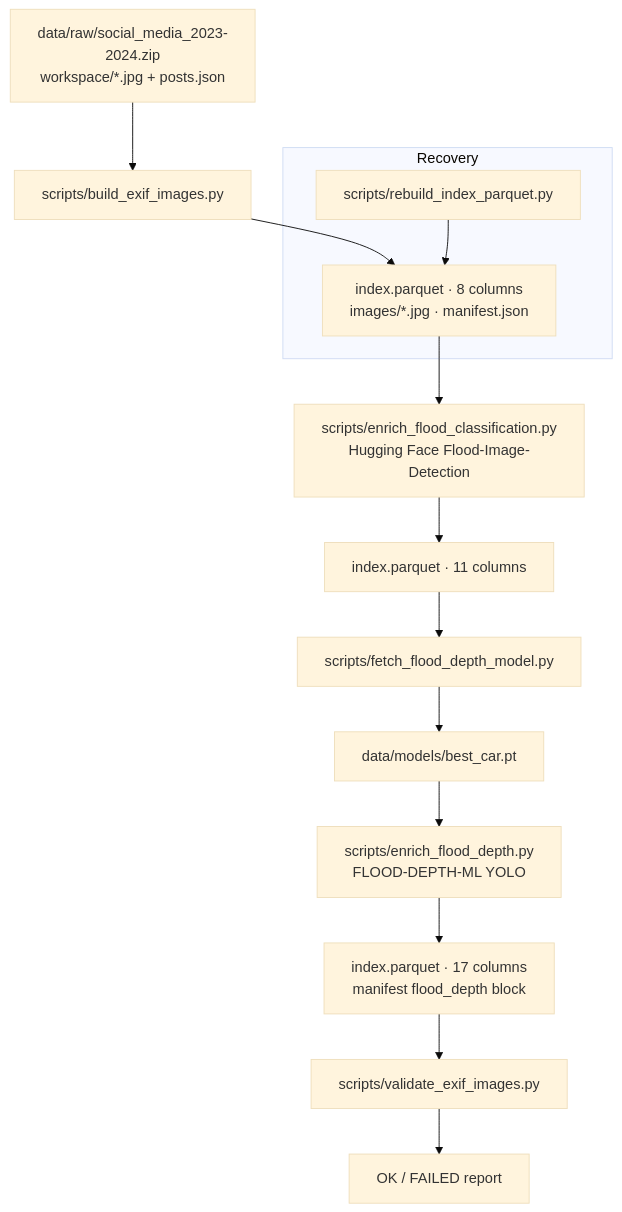
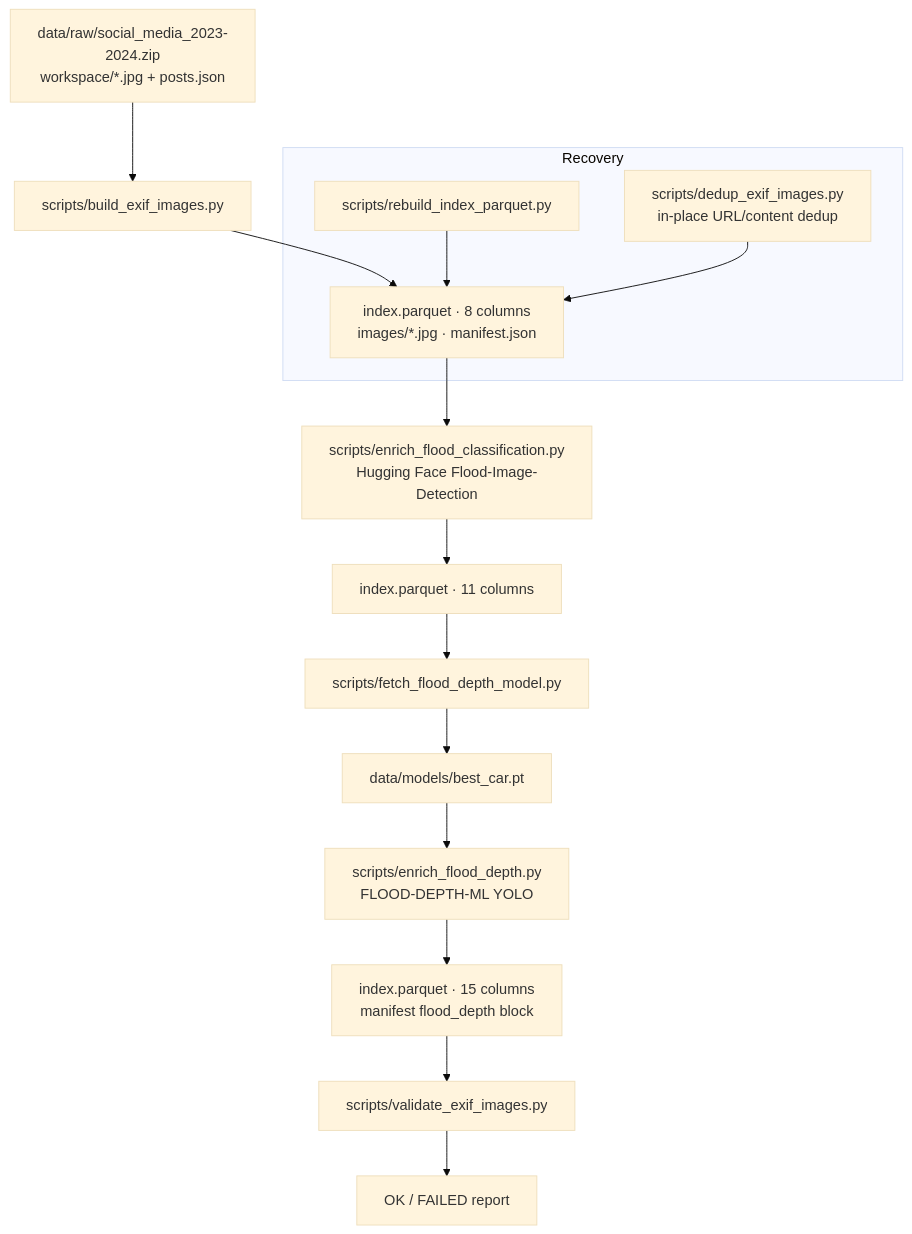
One commit to paulhosch/social_media_flood_depth_estimation changed the first of 3 diagrams in docs/EXIF_IMAGES_DATASET.md. Above: the diagram before and after it, drawn with Mermaid (base theme). The commit also changed other lines of this file and 41 other files, not shown here.

````diff
--- a/docs/EXIF_IMAGES_DATASET.md
+++ b/docs/EXIF_IMAGES_DATASET.md
@@ -41,23 +45,25 @@
 ```mermaid
 flowchart TB
   ZIP["data/raw/social_media_2023-2024.zip<br/>workspace/*.jpg + posts.json"]
   ZIP --> BUILD["scripts/build_exif_images.py"]
   BUILD --> BASE["index.parquet · 8 columns<br/>images/*.jpg · manifest.json"]
 
   BASE --> FC["scripts/enrich_flood_classification.py<br/>Hugging Face Flood-Image-Detection"]
   FC --> FC_OUT["index.parquet · 11 columns"]
 
   FC_OUT --> FETCH["scripts/fetch_flood_depth_model.py"]
   FETCH --> WEIGHTS["data/models/best_car.pt"]
 
   WEIGHTS --> FD["scripts/enrich_flood_depth.py<br/>FLOOD-DEPTH-ML YOLO"]
-  FD --> FULL["index.parquet · 17 columns<br/>manifest flood_depth block"]
+  FD --> FULL["index.parquet · 15 columns<br/>manifest flood_depth block"]
 
   FULL --> VAL["scripts/validate_exif_images.py"]
   VAL --> OK["OK / FAILED report"]
 
   subgraph recovery["Recovery"]
     REBUILD["scripts/rebuild_index_parquet.py"]
     REBUILD --> BASE
+    DEDUP["scripts/dedup_exif_images.py<br/>in-place URL/content dedup"]
+    DEDUP --> BASE
   end
 ```
````
